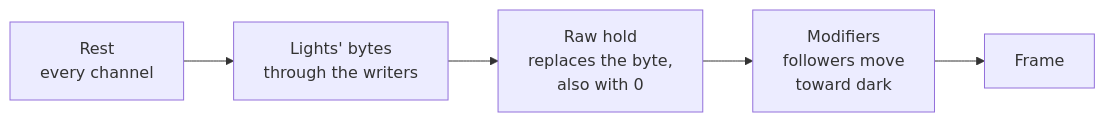
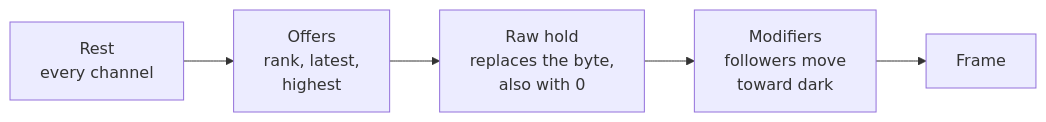
One commit to abossard/bossylights changed the fourth of 4 diagrams in docs/design/who-wins.md. Above: the diagram before and after it, drawn with Mermaid. The commit also changed other lines of this file and 57 other files, not shown here.

````diff
--- a/docs/design/who-wins.md
+++ b/docs/design/who-wins.md
@@ -74,4 +76,4 @@
 ```mermaid
 flowchart LR
-  R["Rest<br/>every channel"] --> L["Lights' bytes<br/>through the writers"] --> H["Raw hold<br/>replaces the byte,<br/>also with 0"] --> M["Modifiers<br/>followers move<br/>toward dark"] --> O["Frame"]
+  R["Rest<br/>every channel"] --> F["Offers<br/>rank, latest,<br/>highest"] --> H["Raw hold<br/>replaces the byte,<br/>also with 0"] --> M["Modifiers<br/>followers move<br/>toward dark"] --> O["Frame"]
 ```
````
